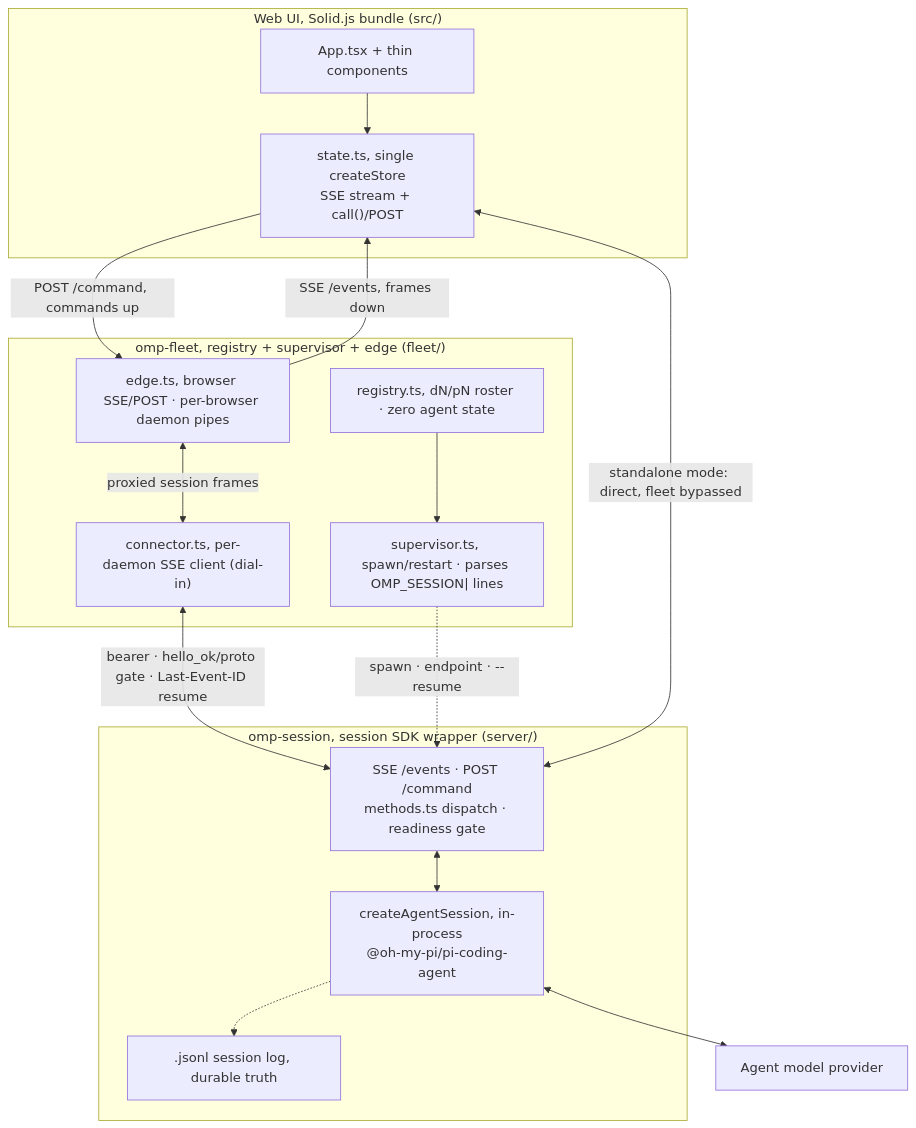
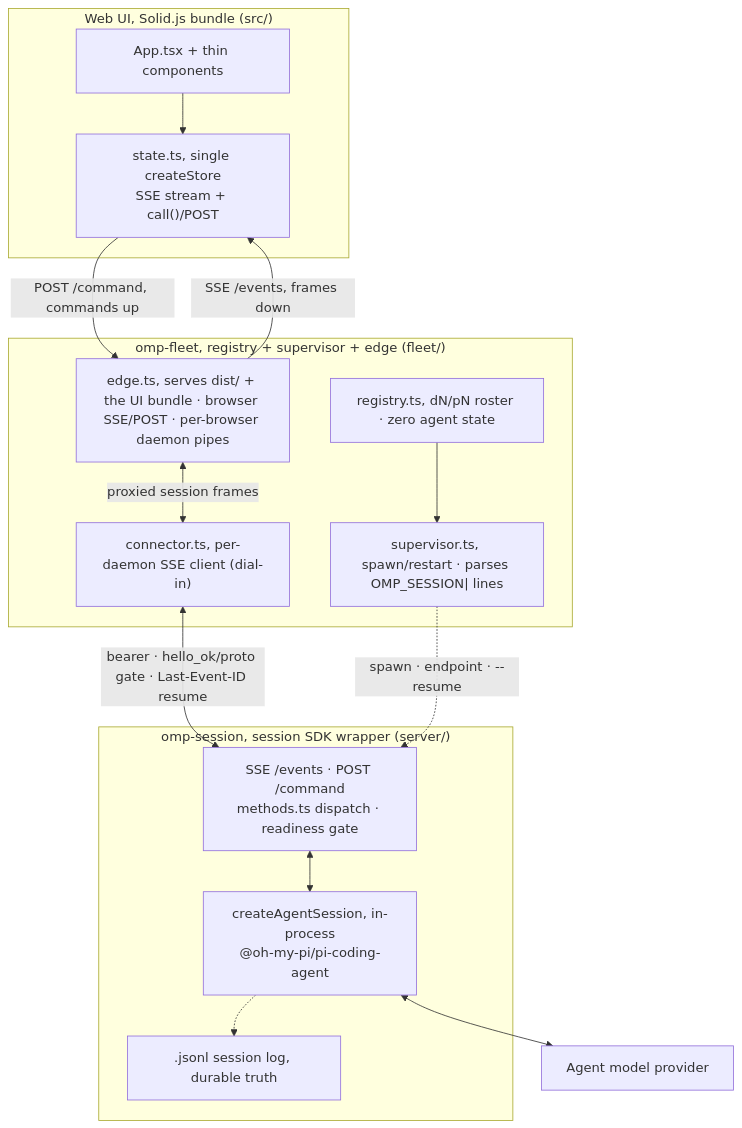
Before and after one commit to nibblebot/omp-web: the diagram in docs/architecture.md, drawn with Mermaid. The commit also changed other lines of this file and 107 other files, not shown here.

````diff
--- a/docs/architecture.md
+++ b/docs/architecture.md
@@ -18,34 +18,33 @@
 ```mermaid
 flowchart TB
   subgraph web["Web UI, Solid.js bundle (src/)"]
     store["state.ts, single createStore<br/>SSE stream + call()/POST"]
     ui["App.tsx + thin components"]
   end
 
   subgraph fleet["omp-fleet, registry + supervisor + edge (fleet/)"]
-    edge["edge.ts, browser SSE/POST · per-browser daemon pipes"]
+    edge["edge.ts, serves dist/ + the UI bundle · browser SSE/POST · per-browser daemon pipes"]
     conn["connector.ts, per-daemon SSE client (dial-in)"]
     super["supervisor.ts, spawn/restart · parses OMP_SESSION| lines"]
     reg["registry.ts, dN/pN roster · zero agent state"]
   end
 
   subgraph sdk["omp-session, session SDK wrapper (server/)"]
     daemon["SSE /events · POST /command<br/>methods.ts dispatch · readiness gate"]
     wrap["createAgentSession, in-process<br/>@oh-my-pi/pi-coding-agent"]
     log[".jsonl session log, durable truth"]
   end
 
   model["Agent model provider"]
 
   ui --> store
   store -->|"POST /command, commands up"| edge
   edge -->|"SSE /events, frames down"| store
   edge <-->|"proxied session frames"| conn
   conn <-->|"bearer · hello_ok/proto gate · Last-Event-ID resume"| daemon
   super -. "spawn · endpoint · --resume" .-> daemon
   reg --> super
   daemon <--> wrap
   wrap <--> model
   wrap -.-> log
-  store <-->|"standalone mode: direct, fleet bypassed"| daemon
 ```
````
